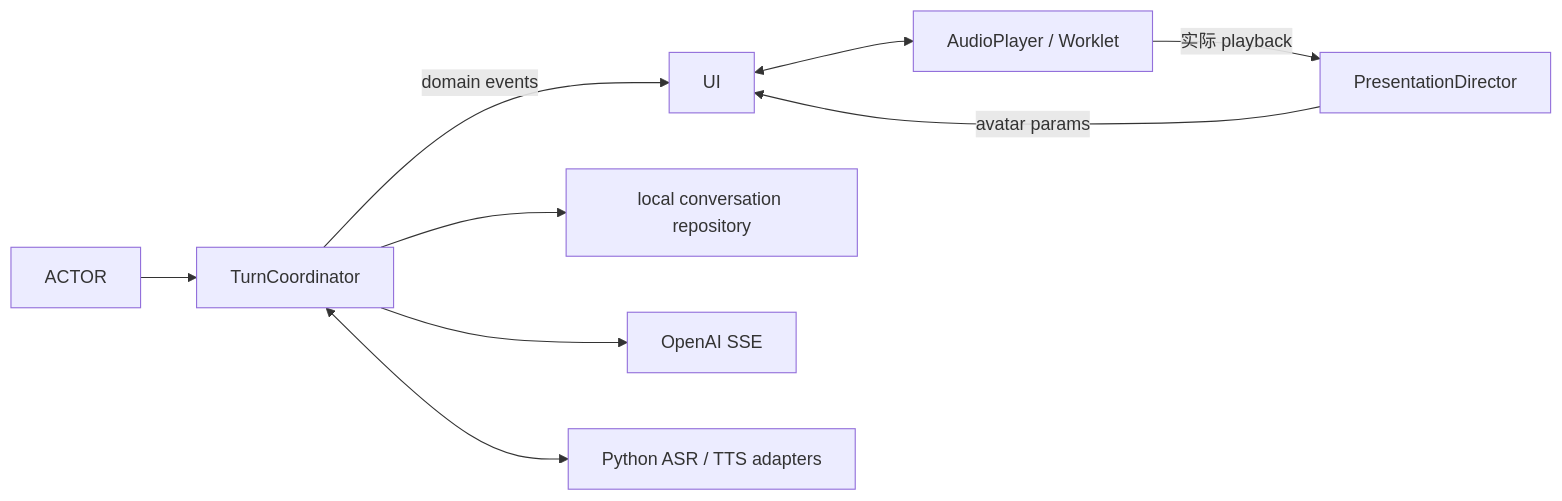
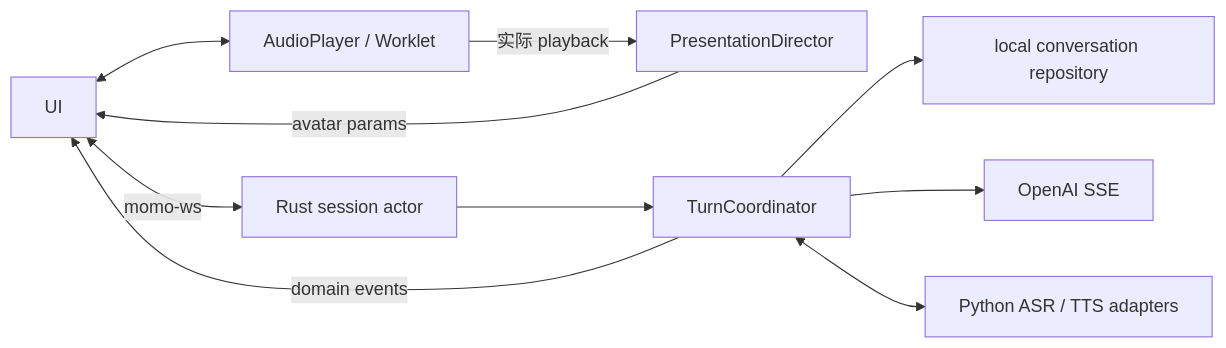
One commit to Momoyeyu/momo changed the diagram in docs/02-repos/momo-app.md. Above: the diagram before and after it, drawn with Mermaid. The commit also changed other lines of this file and 19 other files, not shown here.

````diff
--- a/docs/02-repos/momo-app.md
+++ b/docs/02-repos/momo-app.md
@@ -18,11 +20,12 @@
 ```mermaid
 flowchart LR
     UI <--> AUDIO["AudioPlayer / Worklet"]
     AUDIO -->|"实际 playback"| PRESENT["PresentationDirector"]
     PRESENT -->|"avatar params"| UI
+    UI <-->|"momo-ws"| ACTOR["Rust session actor"]
     ACTOR --> TURN["TurnCoordinator"]
     TURN -->|"domain events"| UI
     TURN --> REPO["local conversation repository"]
     TURN --> LLM["OpenAI SSE"]
     TURN <--> MODELS["Python ASR / TTS adapters"]
 ```
````
